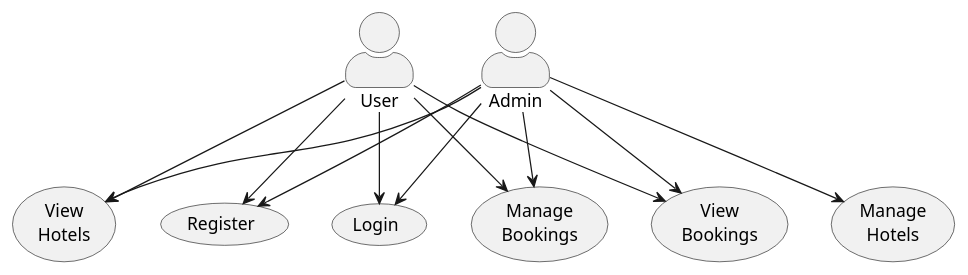
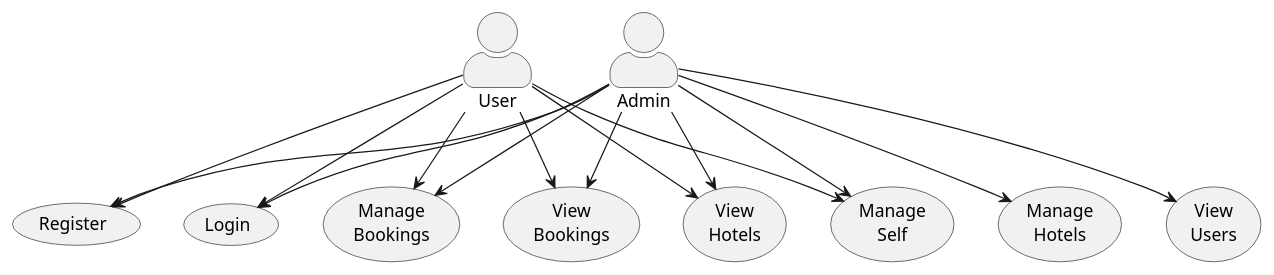
The diagram in diagrams/usecase.puml (2110503TACEDT66/presentation-day-1-groupback), drawn with PlantUML before and after one commit. The commit also changed 2 other files, not shown here.

Commit message:
diagram amend

```diff
--- a/diagrams/usecase.puml
+++ b/diagrams/usecase.puml
@@ -1,22 +1,27 @@
 @startuml usecase
 skinparam actorStyle awesome
 (Register)
 (Login)
 (Manage\nBookings) as ManageBookings
 (Manage\nHotels) as ManageHotels
 (View\nBookings) as ViewBookings
 (View\nHotels) as ViewHotels
+(View\nUsers) as ViewUsers
+(Manage\nSelf) as ManageSelf
 :User:
 :Admin:
 User --> Register
 User --> Login
 User --> ViewBookings
 User --> ManageBookings
 User --> ViewHotels
+User --> ManageSelf
 Admin --> Register
 Admin --> Login
 Admin --> ViewBookings
 Admin --> ManageBookings
 Admin --> ViewHotels
 Admin --> ManageHotels
+Admin --> ManageSelf
+Admin --> ViewUsers
 @enduml
```
